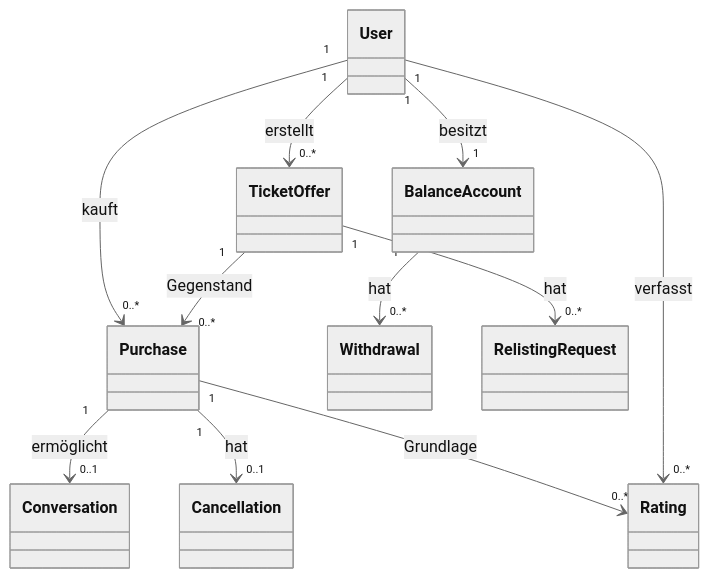
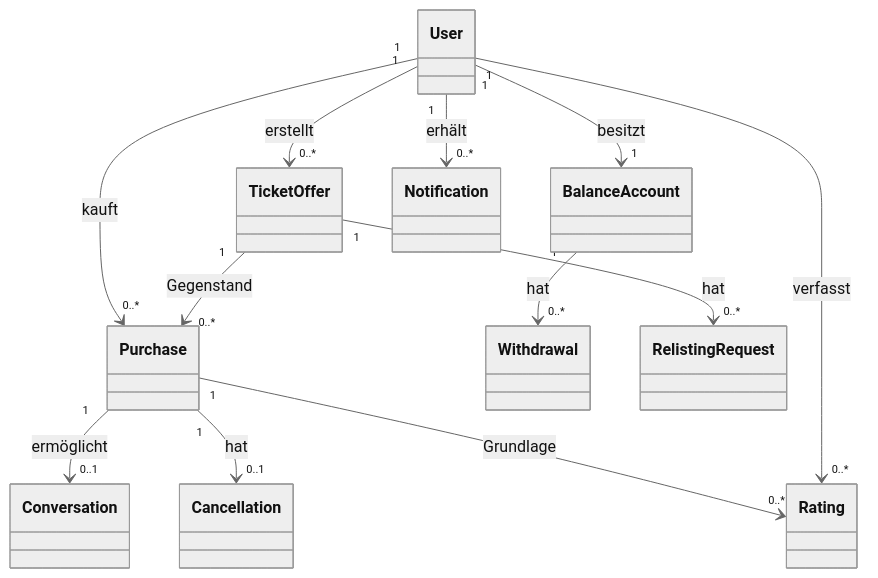
Before and after one commit to Adrian-Hansen-dev/second-hand-ticket-app: the first of 9 diagrams in systemoperationen.md, drawn with Mermaid (neutral theme). The commit also changed other lines of this file and 1 other file, not shown here.

````diff
--- a/systemoperationen.md
+++ b/systemoperationen.md
@@ -23,23 +26,25 @@
 ```mermaid
 classDiagram
     class User
     class TicketOffer
     class Purchase
     class Conversation
     class BalanceAccount
     class Withdrawal
     class Cancellation
     class RelistingRequest
     class Rating
+    class Notification
 
     User "1" --> "0..*" TicketOffer : erstellt
     User "1" --> "0..*" Purchase : kauft
     TicketOffer "1" --> "0..*" Purchase : Gegenstand
     Purchase "1" --> "0..1" Conversation : ermöglicht
     User "1" --> "1" BalanceAccount : besitzt
     BalanceAccount "1" --> "0..*" Withdrawal : hat
     Purchase "1" --> "0..1" Cancellation : hat
     TicketOffer "1" --> "0..*" RelistingRequest : hat
     Purchase "1" --> "0..*" Rating : Grundlage
     User "1" --> "0..*" Rating : verfasst
+    User "1" --> "0..*" Notification : erhält
 ```
````
